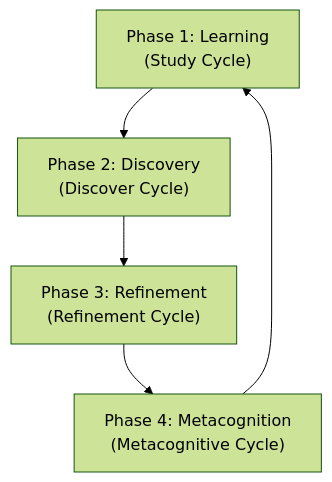
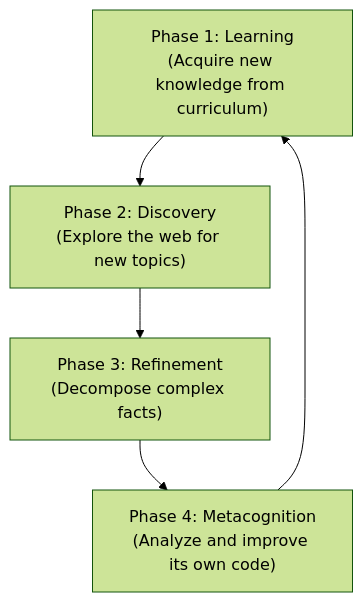
The first of 3 diagrams in README.md (vicsanity623/Axiom-Agent), drawn with Mermaid before and after one commit. The commit also changed other lines of this file and 26 other files, not shown here.

`````diff
--- a/README.md
+++ b/README.md
@@ -44,10 +32,10 @@
 ```mermaid
-%%{init: {"theme": "forest"}}%%
+%%{init: { "theme": "forest" }}%%
 graph TD
-    A["Phase 1: Learning\n(Study Cycle)"]
-    B["Phase 2: Discovery\n(Discover Cycle)"]
-    C["Phase 3: Refinement\n(Refinement Cycle)"]
-    D["Phase 4: Metacognition\n(Metacognitive Cycle)"]
+    A["Phase 1: Learning<br/>(Acquire new knowledge from curriculum)"]
+    B["Phase 2: Discovery<br/>(Explore the web for new topics)"]
+    C["Phase 3: Refinement<br/>(Decompose complex facts)"]
+    D["Phase 4: Metacognition<br/>(Analyze and improve its own code)"]
 
     A --> B --> C --> D --> A
-````
+```
`````
